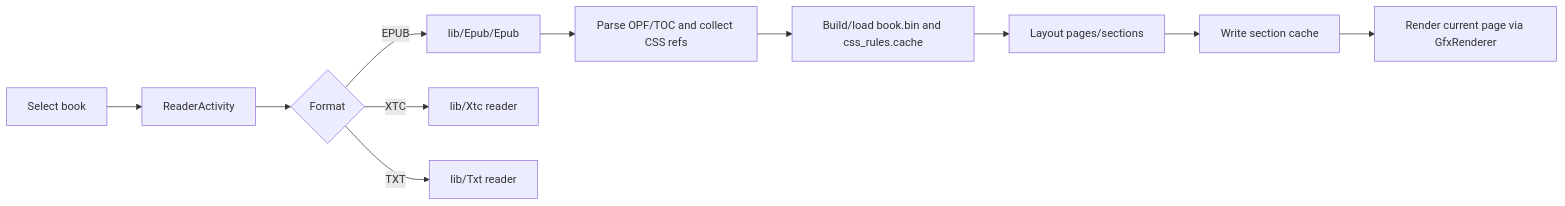
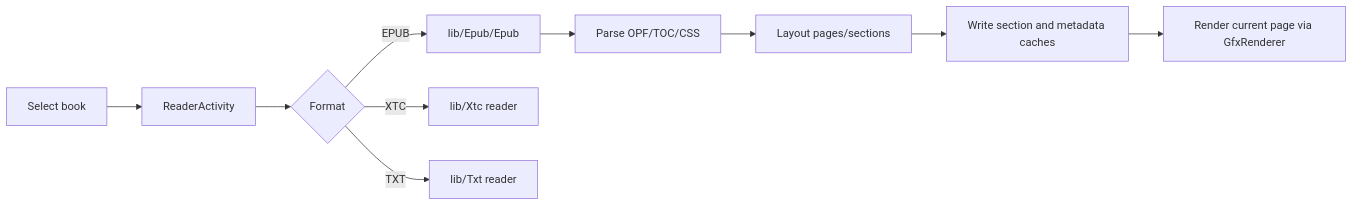
Before and after one commit to hudsonbrendon/crosspoint-reader: the third of 4 diagrams in docs/contributing/architecture.md, drawn with Mermaid. The commit also changed other lines of this file and 117 other files, not shown here.

````diff
--- a/docs/contributing/architecture.md
+++ b/docs/contributing/architecture.md
@@ -70,13 +69,12 @@
 ```mermaid
 flowchart LR
     A[Select book] --> B[ReaderActivity]
     B --> C{Format}
     C -->|EPUB| D[lib/Epub/Epub]
     C -->|XTC| E[lib/Xtc reader]
     C -->|TXT| F[lib/Txt reader]
-    D --> G[Parse OPF/TOC and collect CSS refs]
-    G --> H[Build/load book.bin and css_rules.cache]
-    H --> I[Layout pages/sections]
-    I --> J[Write section cache]
-    J --> K[Render current page via GfxRenderer]
+    D --> G[Parse OPF/TOC/CSS]
+    G --> H[Layout pages/sections]
+    H --> I[Write section and metadata caches]
+    I --> J[Render current page via GfxRenderer]
 ```
````
